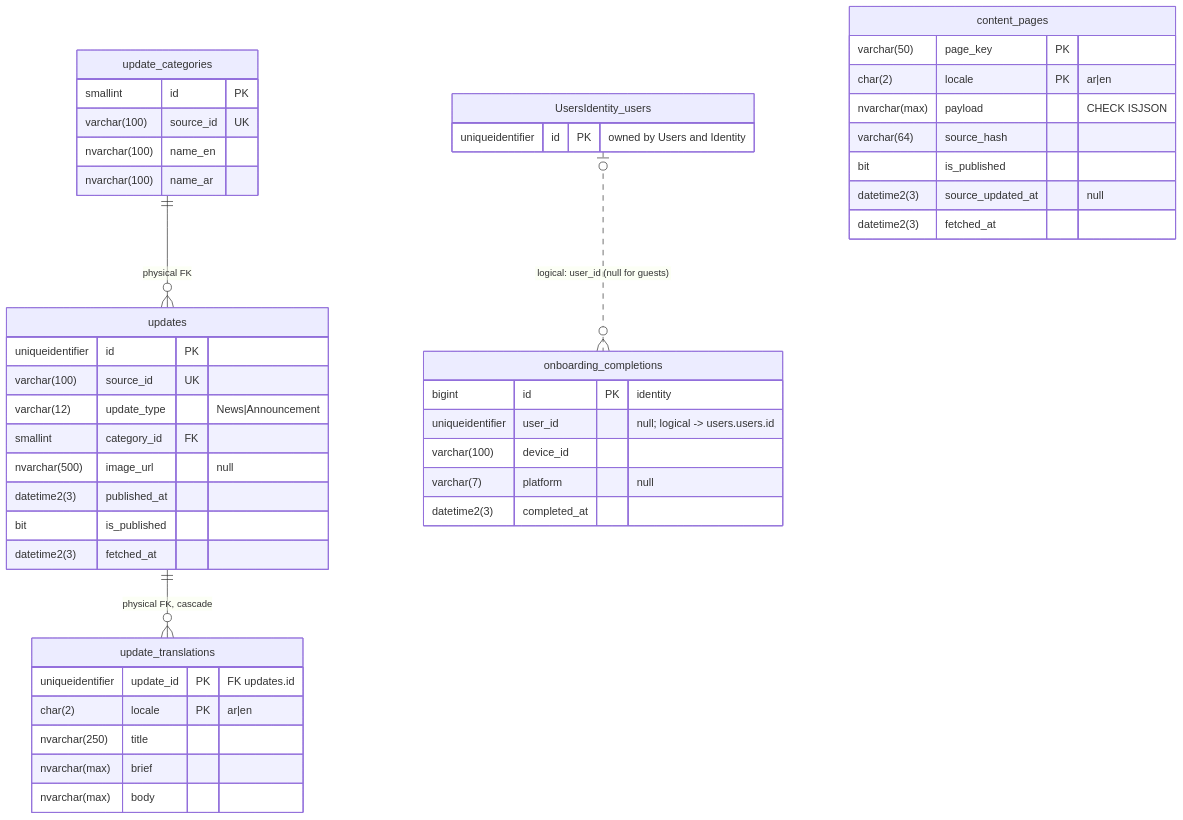
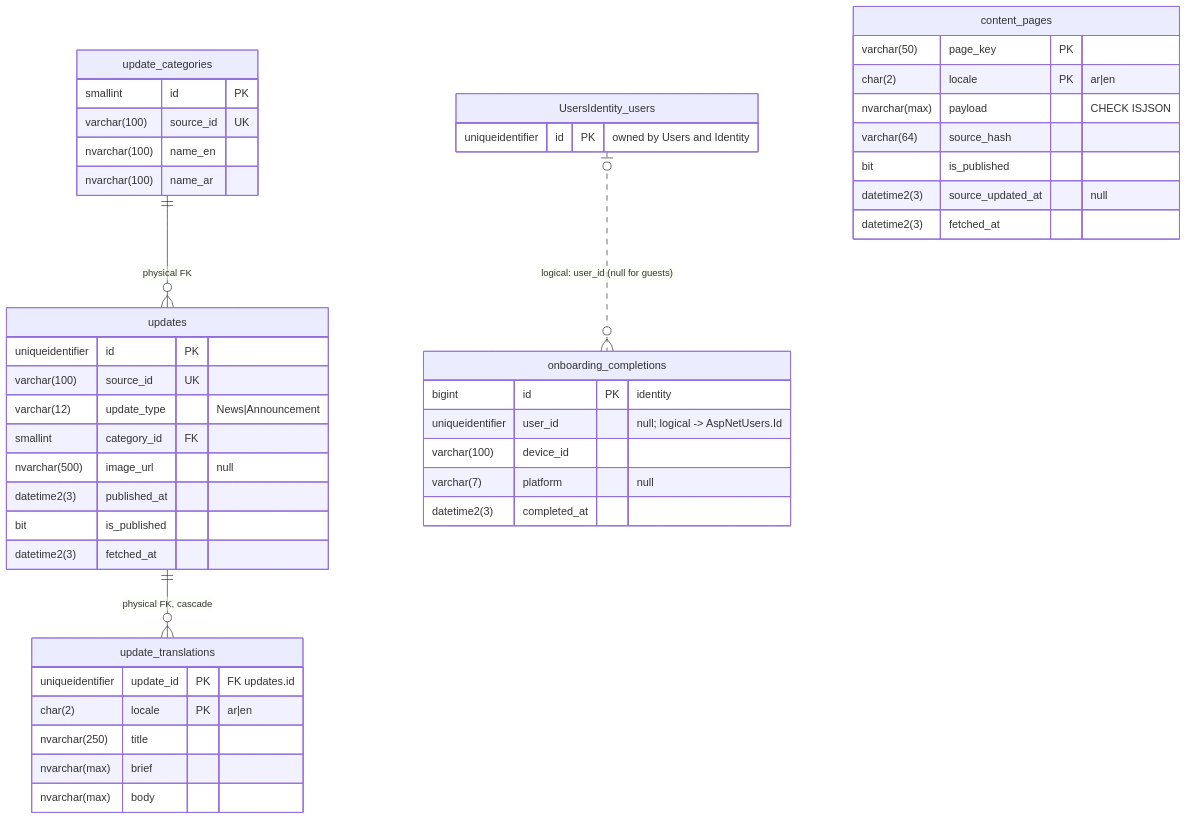
One commit to DohaTammam/Ilmi-Project changed the tenth of 10 diagrams in docs/database/erd.md. Above: the diagram before and after it, drawn with Mermaid. The commit also changed other lines of this file and 122 other files, not shown here.

````diff
--- a/docs/database/erd.md
+++ b/docs/database/erd.md
@@ -492,49 +550,49 @@
 ```mermaid
 erDiagram
   update_categories ||--o{ updates : "physical FK"
   updates ||--o{ update_translations : "physical FK, cascade"
   UsersIdentity_users |o..o{ onboarding_completions : "logical: user_id (null for guests)"
 
   UsersIdentity_users {
     uniqueidentifier id PK "owned by Users and Identity"
   }
   content_pages {
     varchar(50) page_key PK
     char(2) locale PK "ar|en"
     nvarchar(max) payload "CHECK ISJSON"
     varchar(64) source_hash
     bit is_published
     datetime2(3) source_updated_at "null"
     datetime2(3) fetched_at
   }
   update_categories {
     smallint id PK
     varchar(100) source_id UK
     nvarchar(100) name_en
     nvarchar(100) name_ar
   }
   updates {
     uniqueidentifier id PK
     varchar(100) source_id UK
     varchar(12) update_type "News|Announcement"
     smallint category_id FK
     nvarchar(500) image_url "null"
     datetime2(3) published_at
     bit is_published
     datetime2(3) fetched_at
   }
   update_translations {
     uniqueidentifier update_id PK "FK updates.id"
     char(2) locale PK "ar|en"
     nvarchar(250) title
     nvarchar(max) brief
     nvarchar(max) body
   }
   onboarding_completions {
     bigint id PK "identity"
-    uniqueidentifier user_id "null; logical -> users.users.id"
+    uniqueidentifier user_id "null; logical -> AspNetUsers.Id"
     varchar(100) device_id
     varchar(7) platform "null"
     datetime2(3) completed_at
   }
 ```
````
